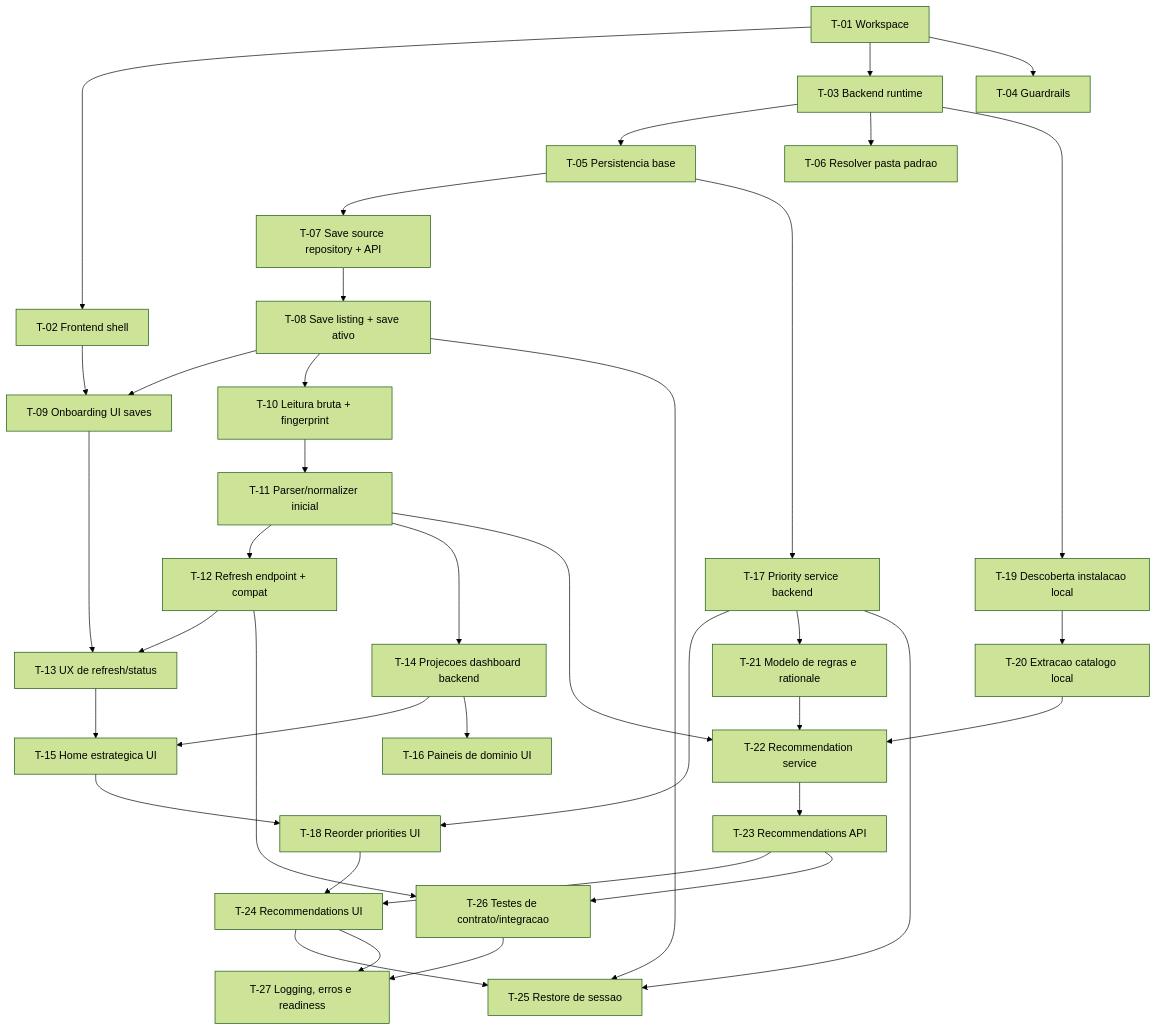
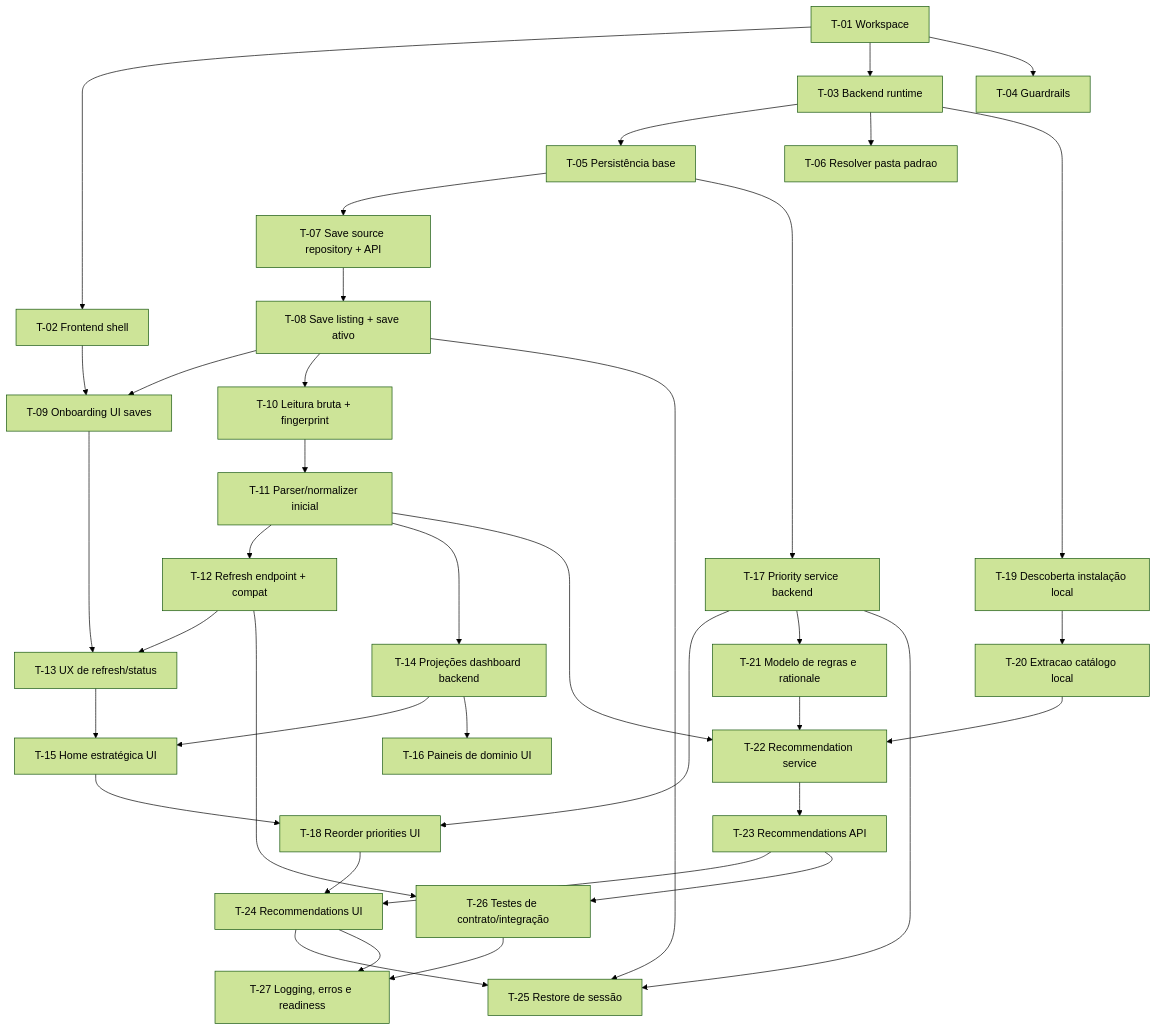
The diagram in .milestones/v1-oraculo-local-first/milestone.md (thaifurforo/fom-oracle), drawn with Mermaid (forest theme) before and after one commit. The commit also changed other lines of this file and 32 other files, not shown here.

````diff
--- a/.milestones/v1-oraculo-local-first/milestone.md
+++ b/.milestones/v1-oraculo-local-first/milestone.md
@@ -26,47 +26,47 @@
 ```mermaid
 graph TD
     T01[T-01 Workspace] --> T02[T-02 Frontend shell]
     T01 --> T03[T-03 Backend runtime]
     T01 --> T04[T-04 Guardrails]
-    T03 --> T05[T-05 Persistencia base]
+    T03 --> T05[T-05 Persistência base]
 
     T03 --> T06[T-06 Resolver pasta padrao]
     T05 --> T07[T-07 Save source repository + API]
     T07 --> T08[T-08 Save listing + save ativo]
     T02 --> T09[T-09 Onboarding UI saves]
     T08 --> T09
 
     T08 --> T10[T-10 Leitura bruta + fingerprint]
     T10 --> T11[T-11 Parser/normalizer inicial]
     T11 --> T12[T-12 Refresh endpoint + compat]
     T09 --> T13[T-13 UX de refresh/status]
     T12 --> T13
 
-    T11 --> T14[T-14 Projecoes dashboard backend]
-    T14 --> T15[T-15 Home estrategica UI]
+    T11 --> T14[T-14 Projeções dashboard backend]
+    T14 --> T15[T-15 Home estratégica UI]
     T14 --> T16[T-16 Paineis de dominio UI]
     T13 --> T15
 
     T05 --> T17[T-17 Priority service backend]
     T15 --> T18[T-18 Reorder priorities UI]
     T17 --> T18
 
-    T03 --> T19[T-19 Descoberta instalacao local]
-    T19 --> T20[T-20 Extracao catalogo local]
+    T03 --> T19[T-19 Descoberta instalação local]
+    T19 --> T20[T-20 Extracao catálogo local]
 
     T17 --> T21[T-21 Modelo de regras e rationale]
     T20 --> T22[T-22 Recommendation service]
     T11 --> T22
     T21 --> T22
     T22 --> T23[T-23 Recommendations API]
     T18 --> T24[T-24 Recommendations UI]
     T23 --> T24
 
-    T08 --> T25[T-25 Restore de sessao]
+    T08 --> T25[T-25 Restore de sessão]
     T17 --> T25
     T24 --> T25
-    T12 --> T26[T-26 Testes de contrato/integracao]
+    T12 --> T26[T-26 Testes de contrato/integração]
     T23 --> T26
     T24 --> T27[T-27 Logging, erros e readiness]
     T26 --> T27
 ```
````
